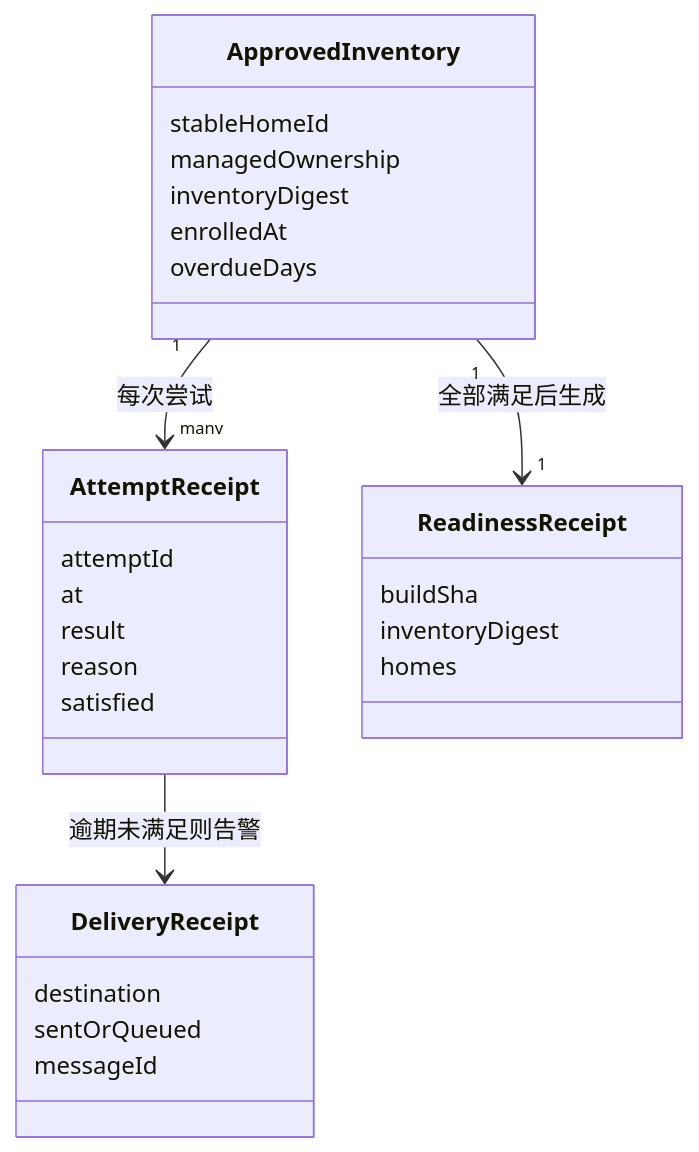
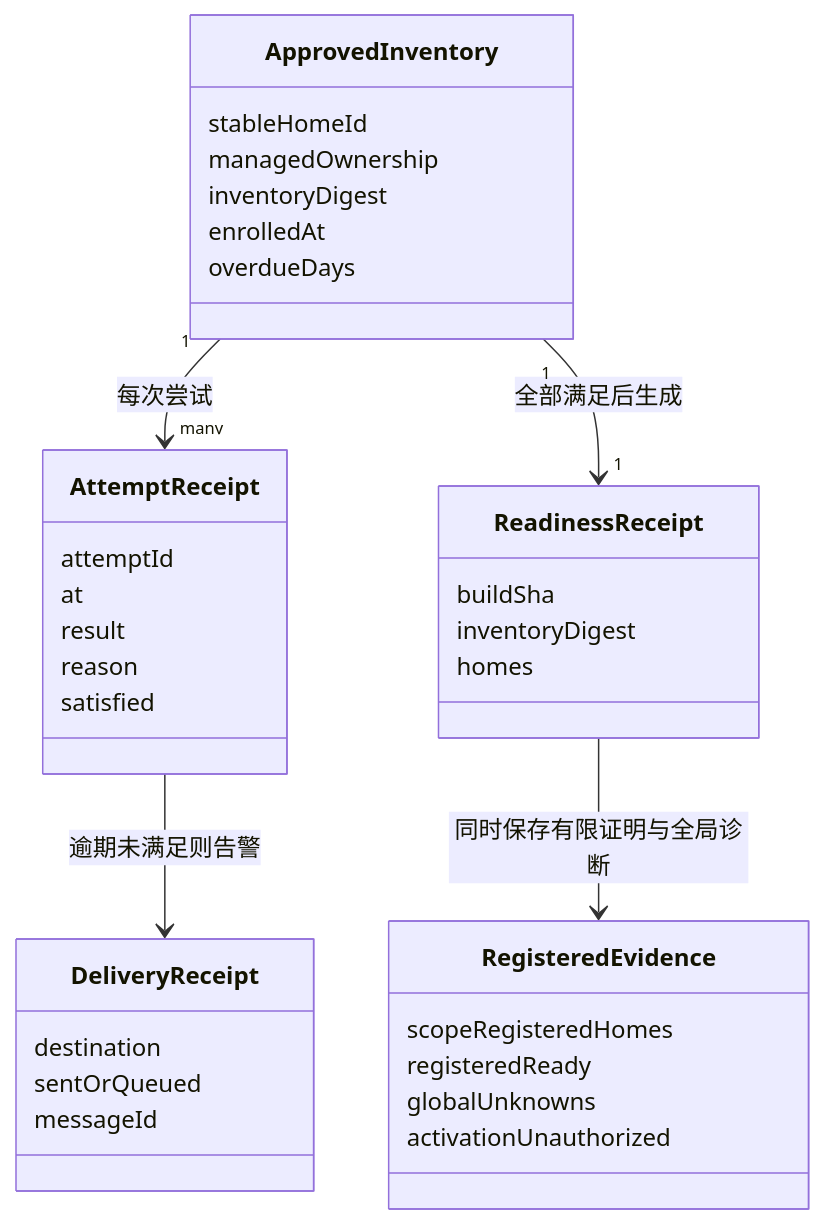
One commit to xrliAnnie/flywheel-qa-sandbox changed the diagram in engineering/doc/FLY-2523-quota-home-readiness/model.mmd. Above: the diagram before and after it, drawn with Mermaid. The commit also changed 7 other files, not shown here.

```diff
--- a/engineering/doc/FLY-2523-quota-home-readiness/model.mmd
+++ b/engineering/doc/FLY-2523-quota-home-readiness/model.mmd
@@ -1,28 +1,35 @@
 classDiagram
  class ApprovedInventory {
   stableHomeId
   managedOwnership
   inventoryDigest
   enrolledAt
   overdueDays
  }
  class AttemptReceipt {
   attemptId
   at
   result
   reason
   satisfied
  }
  class ReadinessReceipt {
   buildSha
   inventoryDigest
   homes
  }
  class DeliveryReceipt {
   destination
   sentOrQueued
   messageId
  }
  ApprovedInventory "1" --> "many" AttemptReceipt : 每次尝试
  ApprovedInventory "1" --> "1" ReadinessReceipt : 全部满足后生成
  AttemptReceipt --> DeliveryReceipt : 逾期未满足则告警
+ class RegisteredEvidence {
+  scopeRegisteredHomes
+  registeredReady
+  globalUnknowns
+  activationUnauthorized
+ }
+ ReadinessReceipt --> RegisteredEvidence : 同时保存有限证明与全局诊断
```
